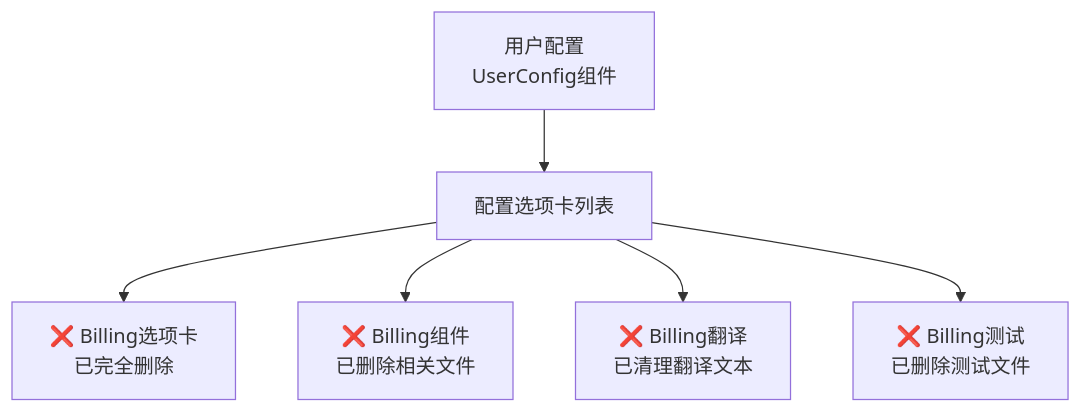
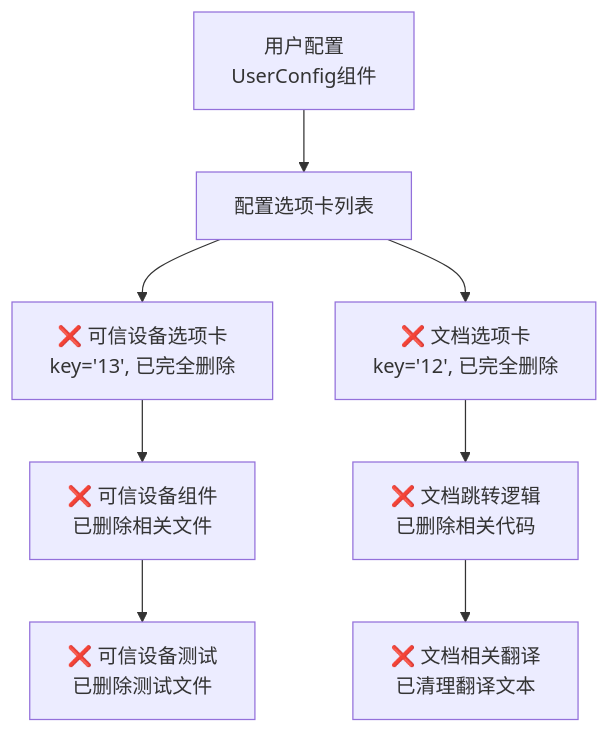
The diagram in plan.md (linwinfan/ZSChaterm), drawn with Mermaid before and after one commit. The commit also changed other lines of this file and 5 other files, not shown here.

````diff
--- a/plan.md
+++ b/plan.md
@@ -6,8 +6,10 @@
 ```mermaid
 graph TB
     A[用户配置<br>UserConfig组件] --> B[配置选项卡列表]
-    B --> C[❌ Billing选项卡<br>已完全删除]
-    B --> D[❌ Billing组件<br>已删除相关文件]
-    B --> E[❌ Billing翻译<br>已清理翻译文本]
-    B --> F[❌ Billing测试<br>已删除测试文件]
+    B --> C[❌ 可信设备选项卡<br>key='13', 已完全删除]
+    B --> D[❌ 文档选项卡<br>key='12', 已完全删除]
+    C --> E[❌ 可信设备组件<br>已删除相关文件]
+    D --> F[❌ 文档跳转逻辑<br>已删除相关代码]
+    E --> G[❌ 可信设备测试<br>已删除测试文件]
+    F --> H[❌ 文档相关翻译<br>已清理翻译文本]
 ```
````
